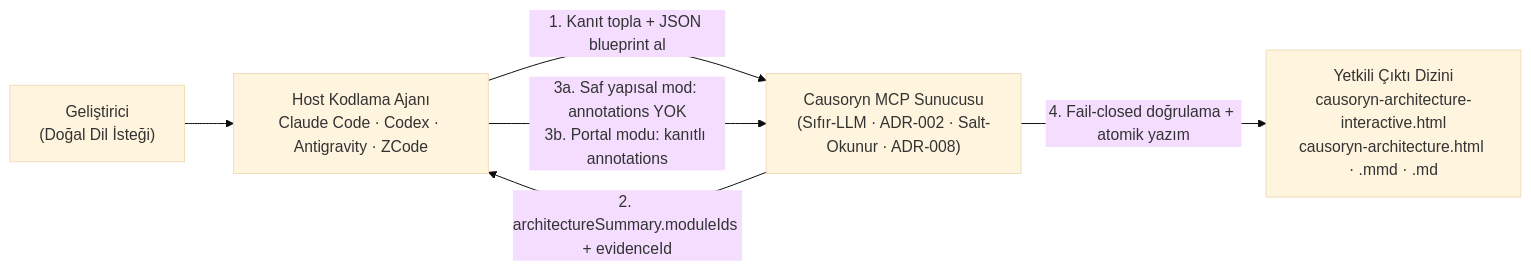
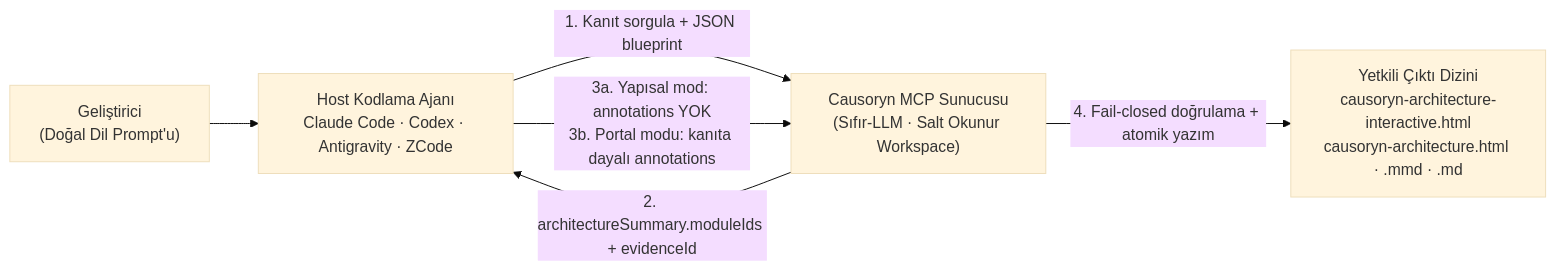
The diagram in docs/prompting-and-architecture-portals.md (MrBekoX/Causoryn), drawn with Mermaid (base theme) before and after one commit. The commit also changed other lines of this file and 17 other files, not shown here.

````diff
--- a/docs/prompting-and-architecture-portals.md
+++ b/docs/prompting-and-architecture-portals.md
@@ -23,8 +23,8 @@
 ```mermaid
 flowchart LR
-  USER["Geliştirici<br/>(Doğal Dil İsteği)"] --> HOST["Host Kodlama Ajanı<br/>Claude Code · Codex · Antigravity · ZCode"]
-  HOST -->|"1. Kanıt topla + JSON blueprint al"| MCP["Causoryn MCP Sunucusu<br/>(Sıfır-LLM · ADR-002 · Salt-Okunur · ADR-008)"]
+  USER["Geliştirici<br/>(Doğal Dil Prompt'u)"] --> HOST["Host Kodlama Ajanı<br/>Claude Code · Codex · Antigravity · ZCode"]
+  HOST -->|"1. Kanıt sorgula + JSON blueprint"| MCP["Causoryn MCP Sunucusu<br/>(Sıfır-LLM · Salt Okunur Workspace)"]
   MCP -->|"2. architectureSummary.moduleIds + evidenceId"| HOST
-  HOST -->|"3a. Saf yapısal mod: annotations YOK<br/>3b. Portal modu: kanıtlı annotations"| MCP
+  HOST -->|"3a. Yapısal mod: annotations YOK<br/>3b. Portal modu: kanıta dayalı annotations"| MCP
   MCP -->|"4. Fail-closed doğrulama + atomik yazım"| OUT["Yetkili Çıktı Dizini<br/>causoryn-architecture-interactive.html<br/>causoryn-architecture.html · .mmd · .md"]
 ```
````
